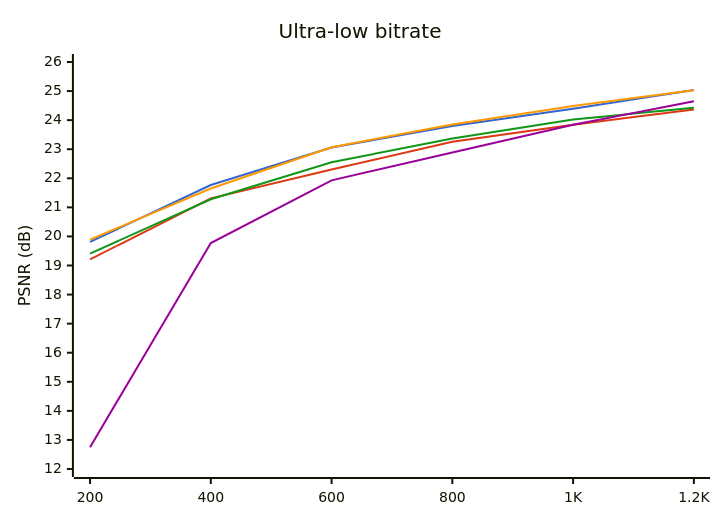
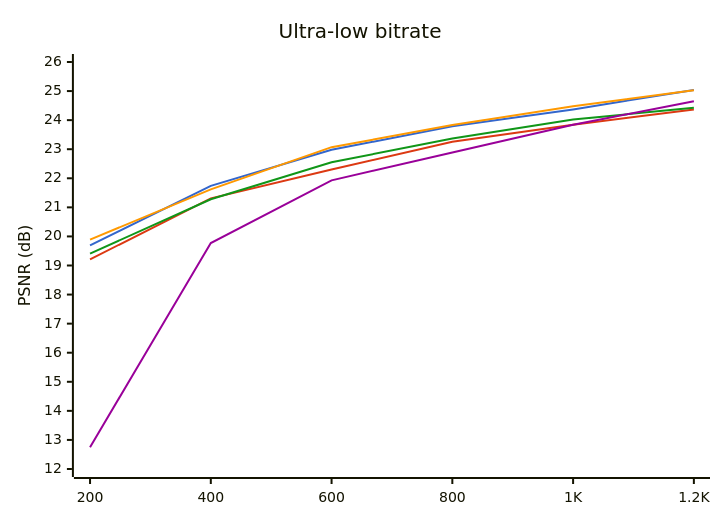
Before and after one commit to lieff/miniwtpc: the first of 2 diagrams in results.md, drawn with Mermaid. The commit also changed other lines of this file and 4 other files, not shown here.

````diff
--- a/results.md
+++ b/results.md
@@ -12,12 +12,12 @@
 ```mermaid
 %%{init: {"themeVariables": {"xyChart": {"plotColorPalette": "#3366cc, #dc3912, #ff9900, #109618, #990099"}}}}%%
 xychart-beta
     title "Ultra-low bitrate"
     y-axis "PSNR (dB)" 12 --> 26
     x-axis ["200", "400", "600", "800", "1K", "1.2K"]
-    line "WTPC EBC" [19.81, 21.77, 23.06, 23.80, 24.39, 25.04]
+    line "WTPC EBC" [19.69, 21.74, 22.98, 23.79, 24.37, 25.04]
     line "WTPC Huff" [19.21, 21.31, 22.30, 23.26, 23.84, 24.37]
-    line "W420 EBC" [19.89, 21.65, 23.07, 23.85, 24.49, 25.03]
+    line "W420 EBC" [19.89, 21.62, 23.07, 23.83, 24.48, 25.03]
     line "W420 Huff" [19.41, 21.28, 22.55, 23.37, 24.02, 24.43]
     line "JPEG2000" [12.75, 19.77, 21.93, 22.89, 23.84, 24.65]
 ```
````
